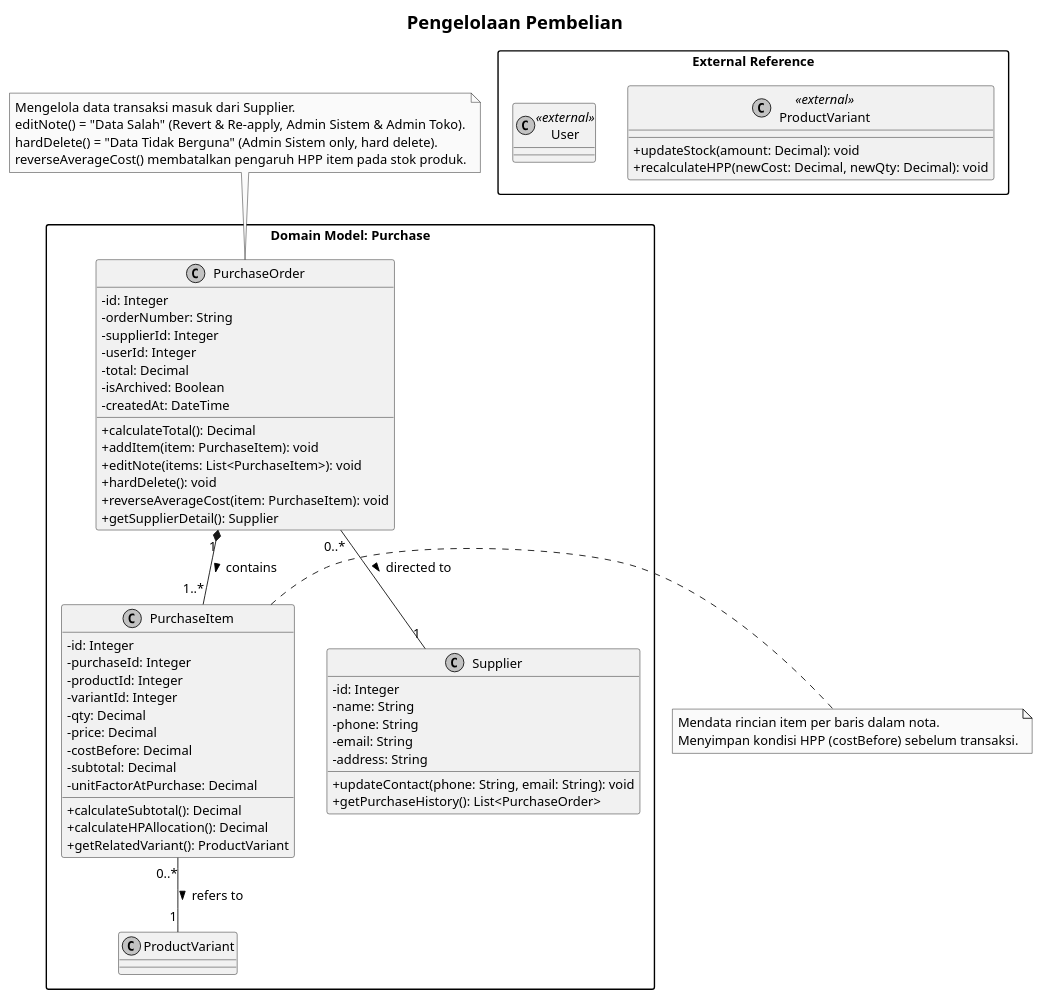
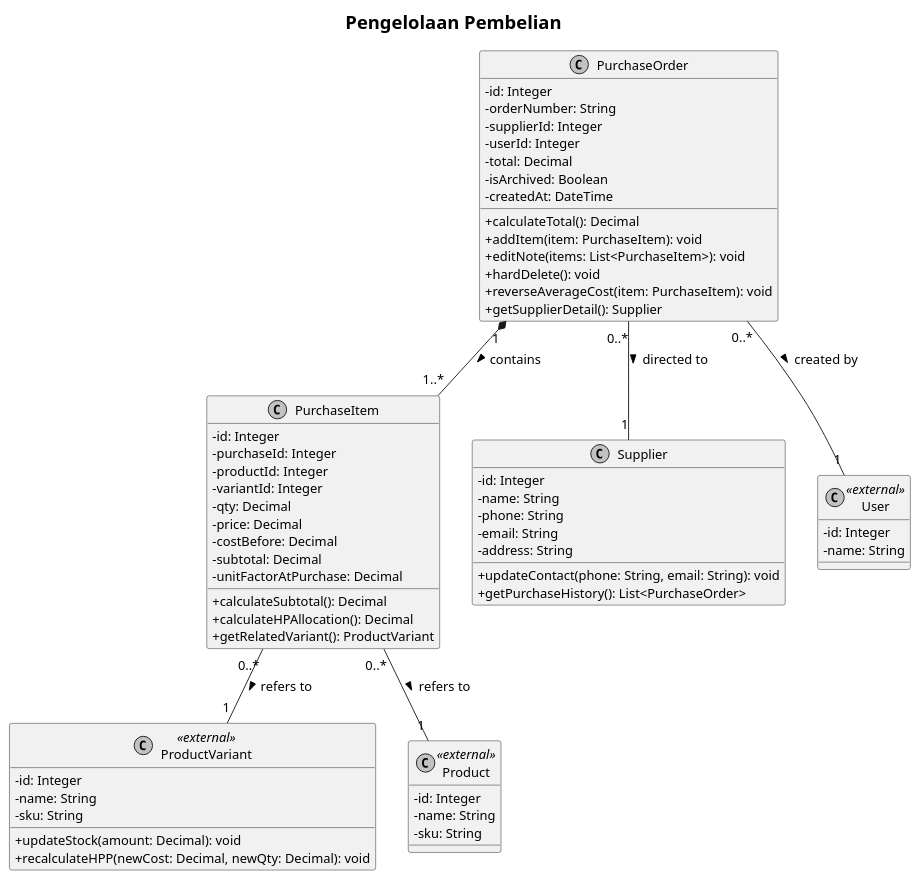
Before and after one commit to Aditiarzky/pos-app: the diagram in docs/uml-class-module-b-purchase.puml, drawn with PlantUML. The commit also changed 35 other files, not shown here.

```diff
--- a/docs/uml-class-module-b-purchase.puml
+++ b/docs/uml-class-module-b-purchase.puml
@@ -1,84 +1,85 @@
 @startuml Modul_B_Pengelolaan_Pembelian
 
 ' Pengaturan visual agar profesional dan fungsional
 skinparam classAttributeIconSize 0
 skinparam monochrome true
 skinparam packageStyle rectangle
 skinparam shadowing false
 skinparam defaultFontName "Arial"
 skinparam defaultFontSize 14
 skinparam titleFontSize 20
 
 title Pengelolaan Pembelian
 
-package "Domain Model: Purchase" {
     class PurchaseOrder {
         - id: Integer
         - orderNumber: String
         - supplierId: Integer
         - userId: Integer
         - total: Decimal
         - isArchived: Boolean
         - createdAt: DateTime
         + calculateTotal(): Decimal
         + addItem(item: PurchaseItem): void
         + editNote(items: List<PurchaseItem>): void
         + hardDelete(): void
         + reverseAverageCost(item: PurchaseItem): void
         + getSupplierDetail(): Supplier
     }
 
     class PurchaseItem {
         - id: Integer
         - purchaseId: Integer
         - productId: Integer
         - variantId: Integer
         - qty: Decimal
         - price: Decimal
         - costBefore: Decimal
         - subtotal: Decimal
         - unitFactorAtPurchase: Decimal
         + calculateSubtotal(): Decimal
         + calculateHPAllocation(): Decimal
         + getRelatedVariant(): ProductVariant
     }
 
     class Supplier {
         - id: Integer
         - name: String
         - phone: String
         - email: String
         - address: String
         + updateContact(phone: String, email: String): void
         + getPurchaseHistory(): List<PurchaseOrder>
     }
 
     ' Relationships
     PurchaseOrder "1" *-- "1..*" PurchaseItem : contains >
     PurchaseOrder "0..*" -- "1" Supplier : directed to >
     PurchaseItem "0..*" -- "1" ProductVariant : refers to >
-}
+    PurchaseItem "0..*" -- "1" Product : refers to >
+    PurchaseOrder "0..*" -- "1" User : created by >
 
-package "External Reference" {
+
+
     class ProductVariant <<external>> {
+        - id: Integer
+        - name: String
+        - sku: String
         ' Digunakan untuk update stok dan HPP
         + updateStock(amount: Decimal): void
         + recalculateHPP(newCost: Decimal, newQty: Decimal): void
     }
-    class User <<external>>
-}
+    class Product <<external>> {
+        - id: Integer
+        - name: String
+        - sku: String
+    }
+    class User <<external>> {
+        - id: Integer
+        - name: String
+    }
 
-' Catatan Fungsional
-note top of PurchaseOrder
-  Mengelola data transaksi masuk dari Supplier.
-  editNote() = "Data Salah" (Revert & Re-apply, Admin Sistem & Admin Toko).
-  hardDelete() = "Data Tidak Berguna" (Admin Sistem only, hard delete).
-  reverseAverageCost() membatalkan pengaruh HPP item pada stok produk.
-end note
 
-note right of PurchaseItem
-  Mendata rincian item per baris dalam nota.
-  Menyimpan kondisi HPP (costBefore) sebelum transaksi.
-end note
+
 
 @enduml
```
